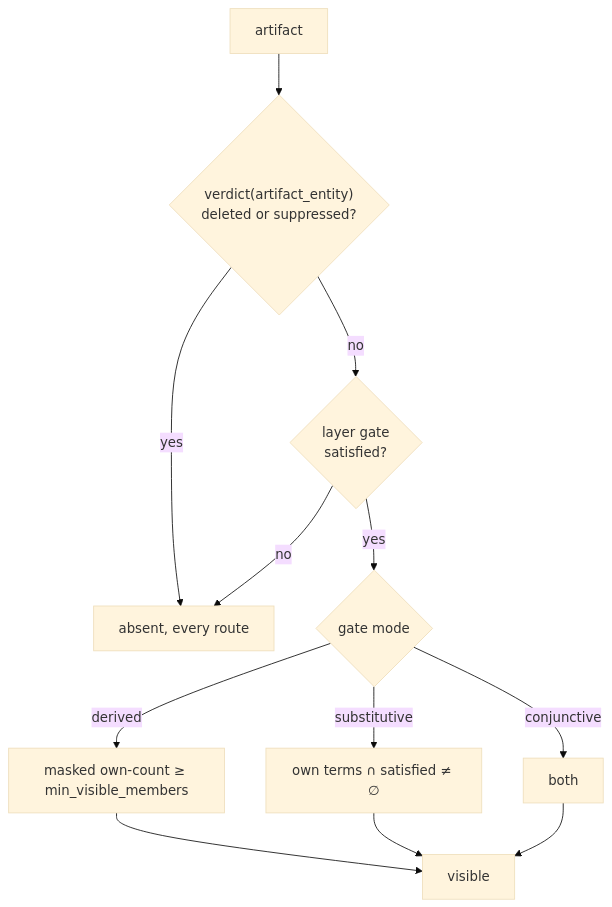
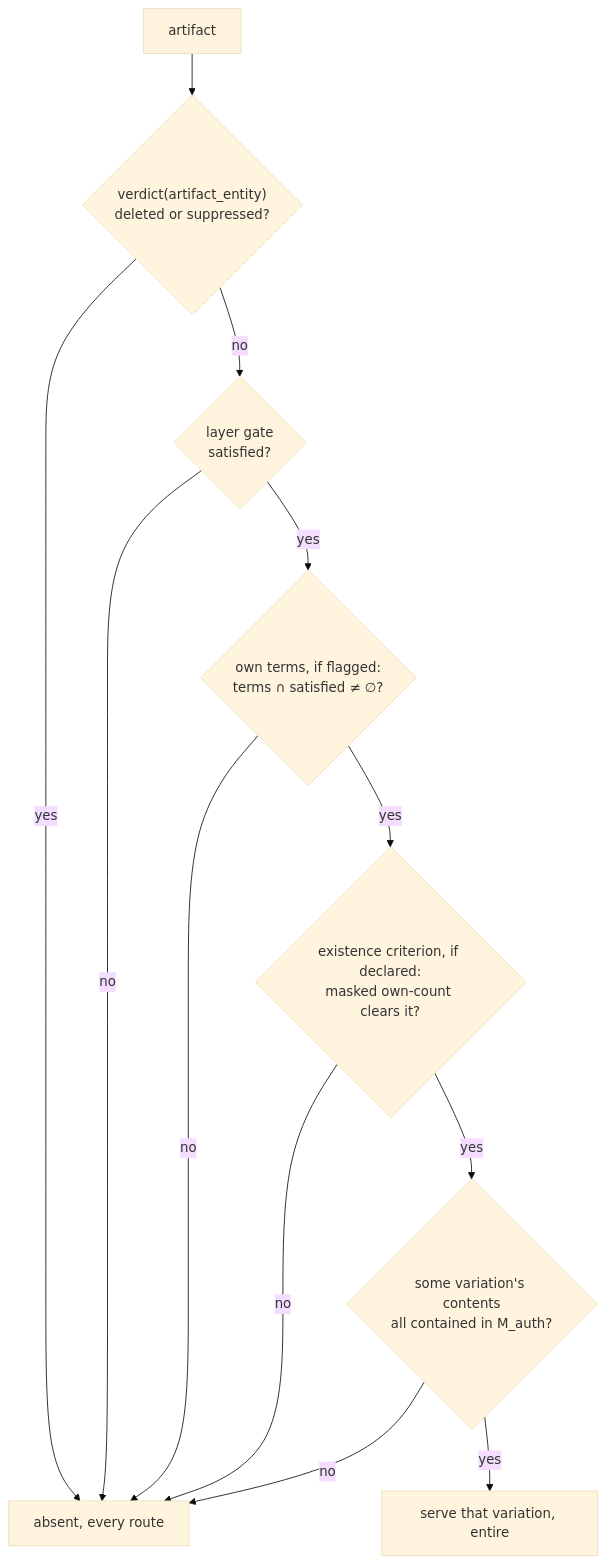
Before and after one commit to jennis0/tesseradb: the diagram in docs/design/annotation-representation.md, drawn with Mermaid (base theme). The commit also changed other lines of this file and 4 other files, not shown here.

````diff
--- a/docs/design/annotation-representation.md
+++ b/docs/design/annotation-representation.md
@@ -435,14 +446,14 @@
 ```mermaid
 flowchart TB
   A["artifact"] --> V{"verdict(artifact_entity)<br/>deleted or suppressed?"}
   V -->|yes| X["absent, every route"]
   V -->|no| F{"layer gate<br/>satisfied?"}
   F -->|no| X
-  F -->|yes| G{"gate mode"}
-  G -->|derived| T["masked own-count ≥ min_visible_members"]
-  G -->|substitutive| S["own terms ∩ satisfied ≠ ∅"]
-  G -->|conjunctive| C["both"]
-  T --> R["visible"]
-  S --> R
-  C --> R
+  F -->|yes| T{"own terms, if flagged:<br/>terms ∩ satisfied ≠ ∅?"}
+  T -->|no| X
+  T -->|yes| C{"existence criterion, if declared:<br/>masked own-count clears it?"}
+  C -->|no| X
+  C -->|yes| G{"some variation's contents<br/>all contained in M_auth?"}
+  G -->|no| X
+  G -->|yes| R["serve that variation, entire"]
 ```
````
